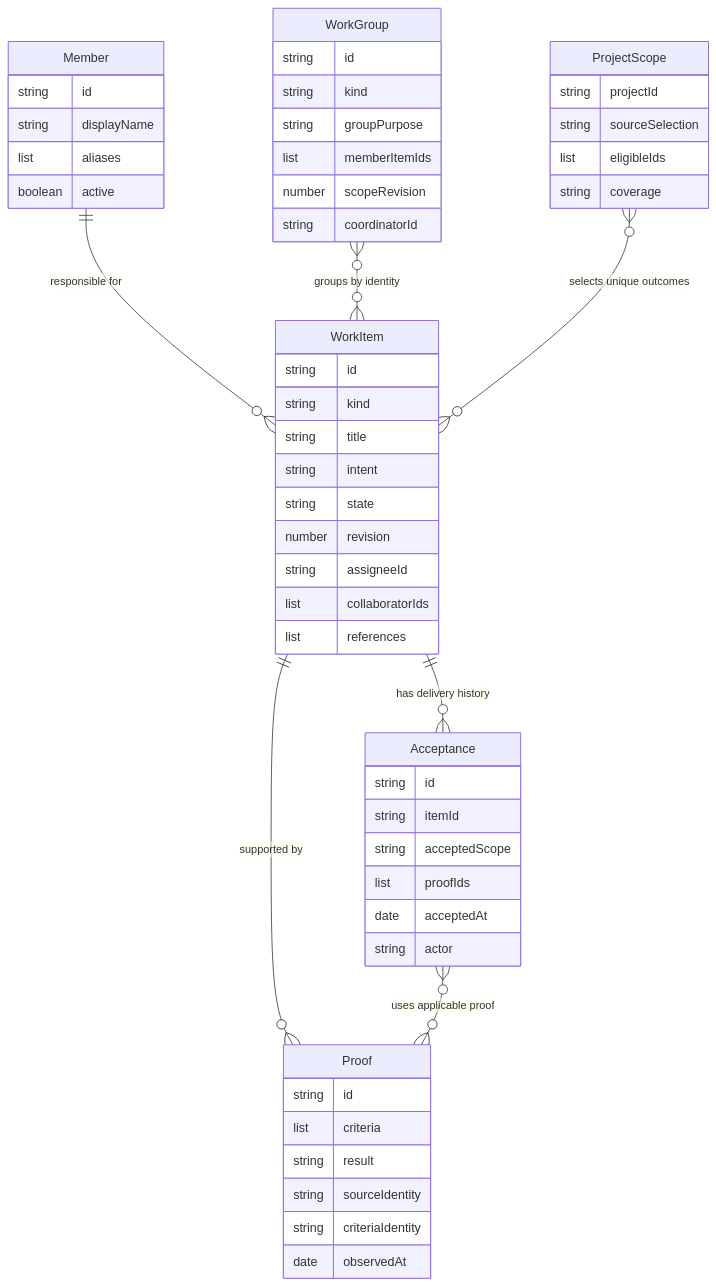
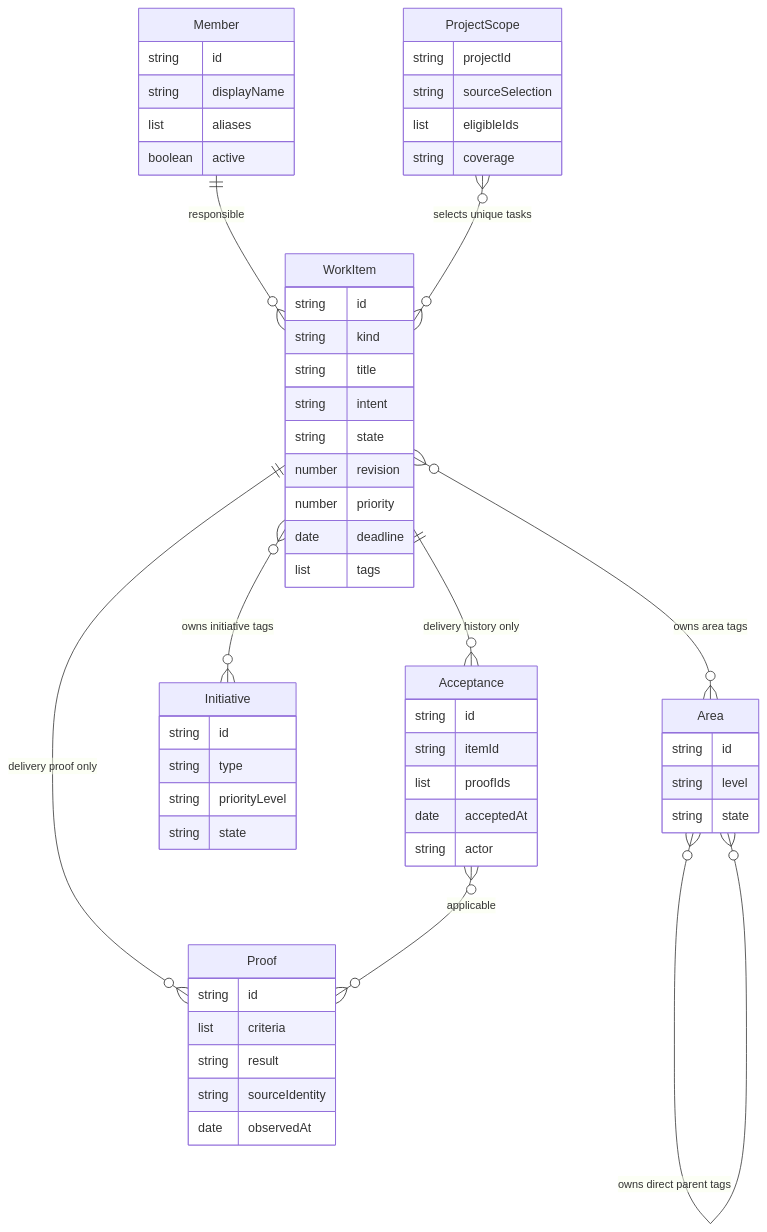
One commit to duc01226/easy-claude changed the diagram in docs/specs/WorkTracking/README.TaskTracking.md. Above: the diagram before and after it, drawn with Mermaid. The commit also changed other lines of this file and 107 other files, not shown here.

````diff
--- a/docs/specs/WorkTracking/README.TaskTracking.md
+++ b/docs/specs/WorkTracking/README.TaskTracking.md
@@ -270,15 +311,18 @@
 ```mermaid
 erDiagram
-    WorkItem { string id string kind string title string intent string state number revision string assigneeId list collaboratorIds list references }
+    WorkItem { string id string kind string title string intent string state number revision number priority date deadline list tags }
     Member { string id string displayName list aliases boolean active }
-    WorkGroup { string id string kind string groupPurpose list memberItemIds number scopeRevision string coordinatorId }
-    Proof { string id list criteria string result string sourceIdentity string criteriaIdentity date observedAt }
-    Acceptance { string id string itemId string acceptedScope list proofIds date acceptedAt string actor }
+    Area { string id string level string state }
+    Initiative { string id string type string priorityLevel string state }
+    Proof { string id list criteria string result string sourceIdentity date observedAt }
+    Acceptance { string id string itemId list proofIds date acceptedAt string actor }
     ProjectScope { string projectId string sourceSelection list eligibleIds string coverage }
-    Member ||--o{ WorkItem : "responsible for"
-    WorkGroup }o--o{ WorkItem : "groups by identity"
-    WorkItem ||--o{ Proof : "supported by"
-    WorkItem ||--o{ Acceptance : "has delivery history"
-    Acceptance }o--o{ Proof : "uses applicable proof"
-    ProjectScope }o--o{ WorkItem : "selects unique outcomes"
+    Member ||--o{ WorkItem : responsible
+    WorkItem }o--o{ Area : "owns area tags"
+    WorkItem }o--o{ Initiative : "owns initiative tags"
+    Area }o--o{ Area : "owns direct parent tags"
+    WorkItem ||--o{ Proof : "delivery proof only"
+    WorkItem ||--o{ Acceptance : "delivery history only"
+    Acceptance }o--o{ Proof : applicable
+    ProjectScope }o--o{ WorkItem : "selects unique tasks"
 ```
````
